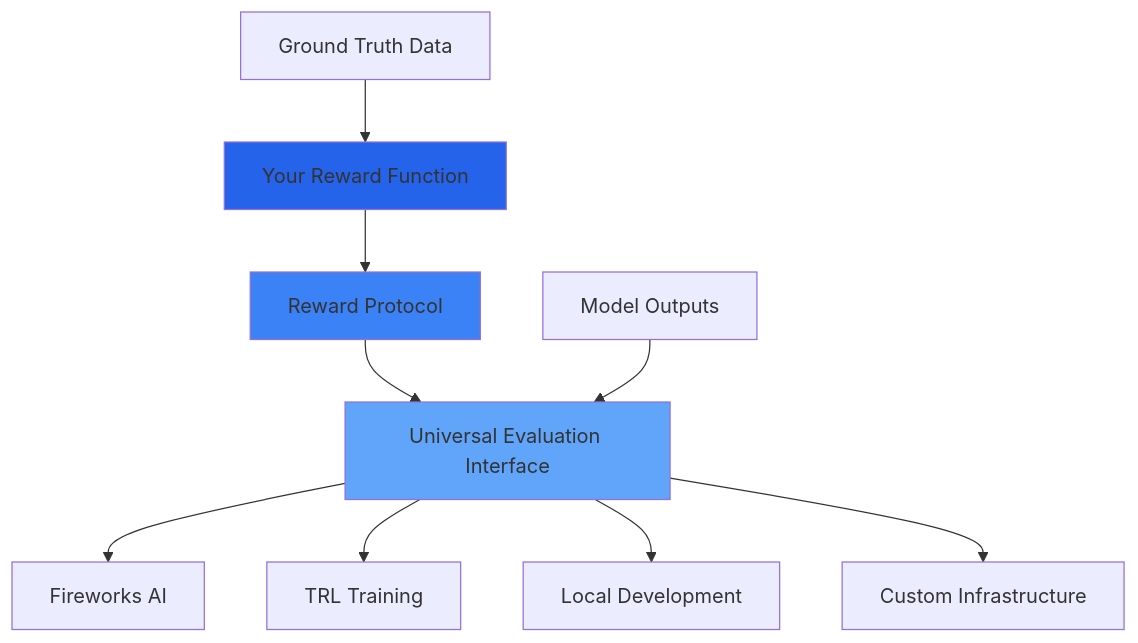
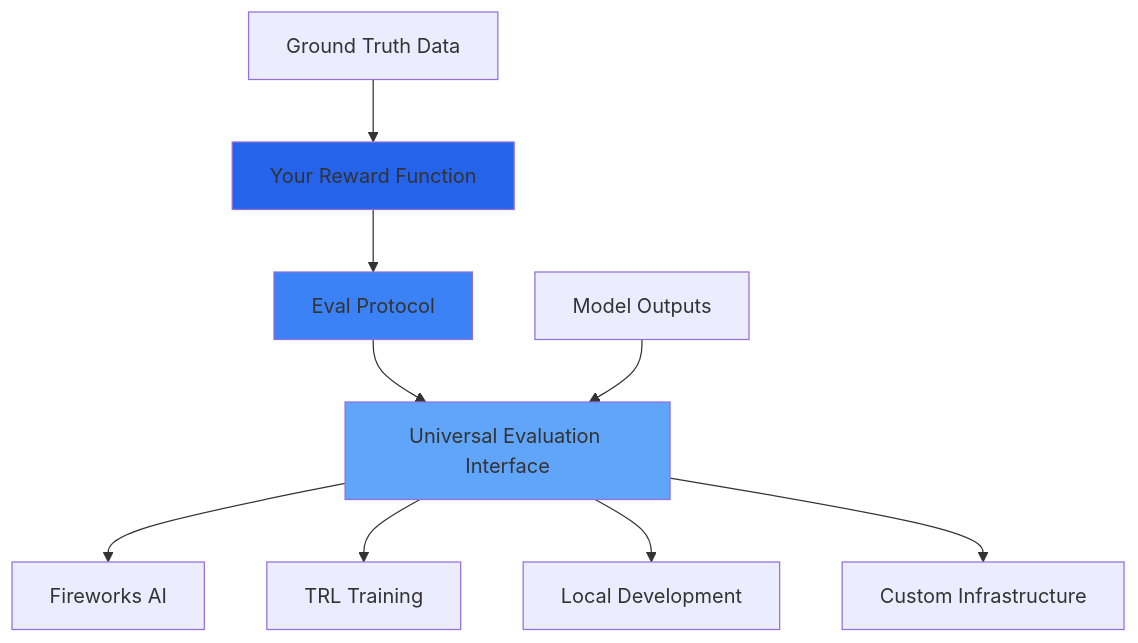
Before and after one commit to eval-protocol/eval-protocol: the first of 2 diagrams in introduction.mdx, drawn with Mermaid. The commit also changed other lines of this file and 27 other files, not shown here.

Commit message:
Move to eval protocol

````diff
--- a/introduction.mdx
+++ b/introduction.mdx
@@ -25,17 +25,17 @@
 ```mermaid
 graph TB
-    A[Your Reward Function] --> B[Reward Protocol]
+    A[Your Reward Function] --> B[Eval Protocol]
     B --> C[Universal Evaluation Interface]
     
     C --> D[Fireworks AI]
     C --> E[TRL Training]
     C --> F[Local Development]
     C --> G[Custom Infrastructure]
     
     H[Model Outputs] --> C
     I[Ground Truth Data] --> A
     
     style A fill:#2563eb
     style B fill:#3b82f6
     style C fill:#60a5fa
 ```
````
